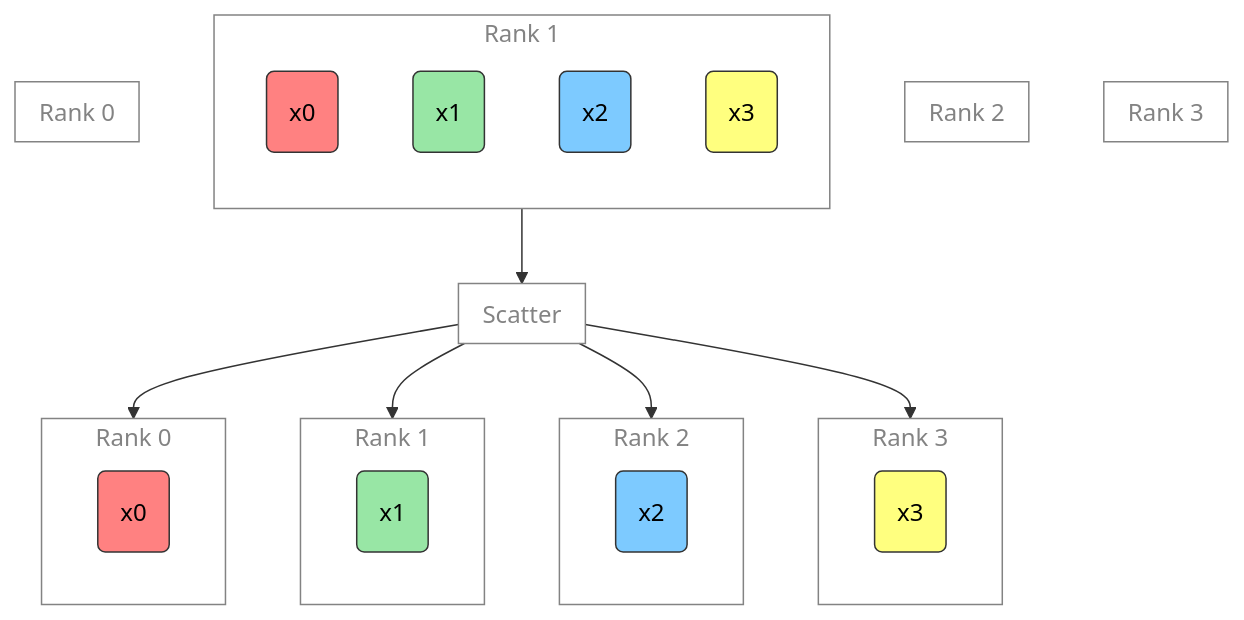
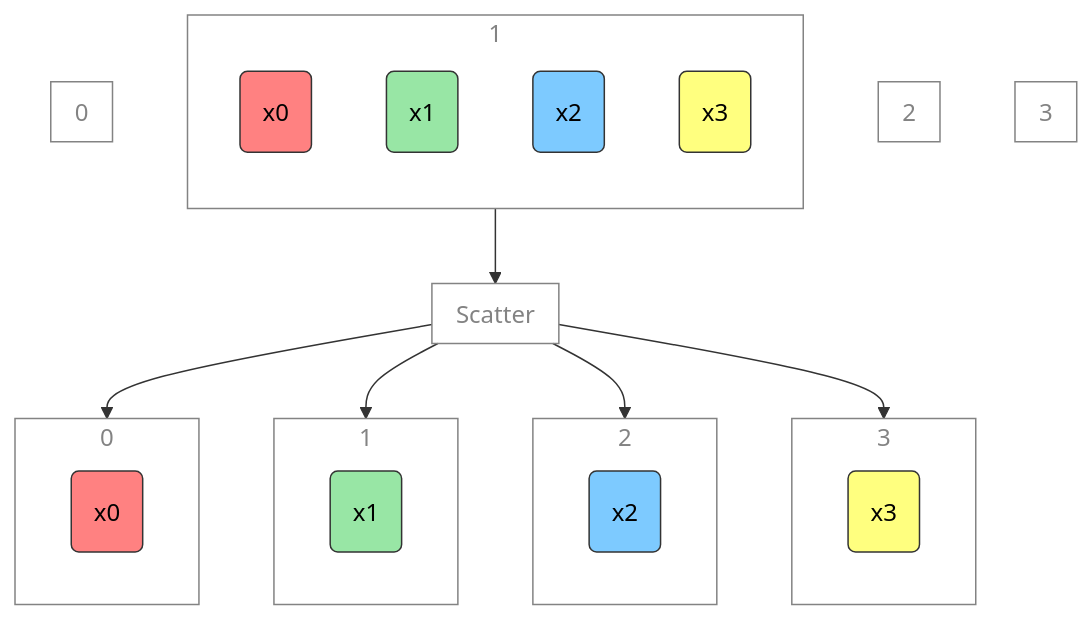
The tenth of 13 diagrams in docs/talks/ai-for-science-2024/ai-for-science-2024.md (saforem2/personal_site), drawn with Mermaid before and after one commit. The commit also changed other lines of this file and 101 other files, not shown here.

````diff
--- a/docs/talks/ai-for-science-2024/ai-for-science-2024.md
+++ b/docs/talks/ai-for-science-2024/ai-for-science-2024.md
@@ -685,47 +686,47 @@
 ``` mermaid
 flowchart TD
-  subgraph R3["`Rank 3`"]
+  subgraph R3["`3`"]
   end
-  subgraph R2["`Rank 2`"]
+  subgraph R2["`2`"]
   end
-  subgraph R1["`Rank 1`"]
+  subgraph R1["`1`"]
     direction TB
     xp0("`x0`")
     xp1("`x1`")
     xp2("`x2`")
     xp3("`x3`")
   end
-  subgraph R0["`Rank 0`"]
+  subgraph R0["`0`"]
   end
   subgraph S["`Scatter`"]
   end
-  subgraph S3["`Rank 3`"]
+  subgraph S3["`3`"]
     x3("`x3`")
   end
-  subgraph S2["`Rank 2`"]
+  subgraph S2["`2`"]
     x2("`x2`")
   end
-  subgraph S1["`Rank 1`"]
+  subgraph S1["`1`"]
     x1("`x1`")
   end
-  subgraph S0["`Rank 0`"]
+  subgraph S0["`0`"]
     x0("`x0`")
   end
   R1 --> S
   S --> S0
   S --> S1
   S --> S2
   S --> S3
 classDef red fill:#ff8181,stroke:#333,stroke-width:1px,color:#000
 classDef orange fill:#FFC47F,stroke:#333,stroke-width:1px,color:#000
 classDef yellow fill:#FFFF7F,stroke:#333,stroke-width:1px,color:#000
 classDef green fill:#98E6A5,stroke:#333,stroke-width:1px,color:#000
 classDef blue fill:#7DCAFF,stroke:#333,stroke-width:1px,color:#000
 classDef purple fill:#FFCBE6,stroke:#333,stroke-width:1px,color:#000
 classDef block fill:#CCCCCC02,stroke:#838383,stroke-width:1px,font-weight:500,color:#838383
 class AG0,AG1,AG2,AG3,S,R0,R1,R2,R3,S0,S1,S2,S3, block
 class x0,xp0, red
 class x1,xp1, green
 class x2,xp2, blue
 class x3,xp3, yellow
 ```
````
